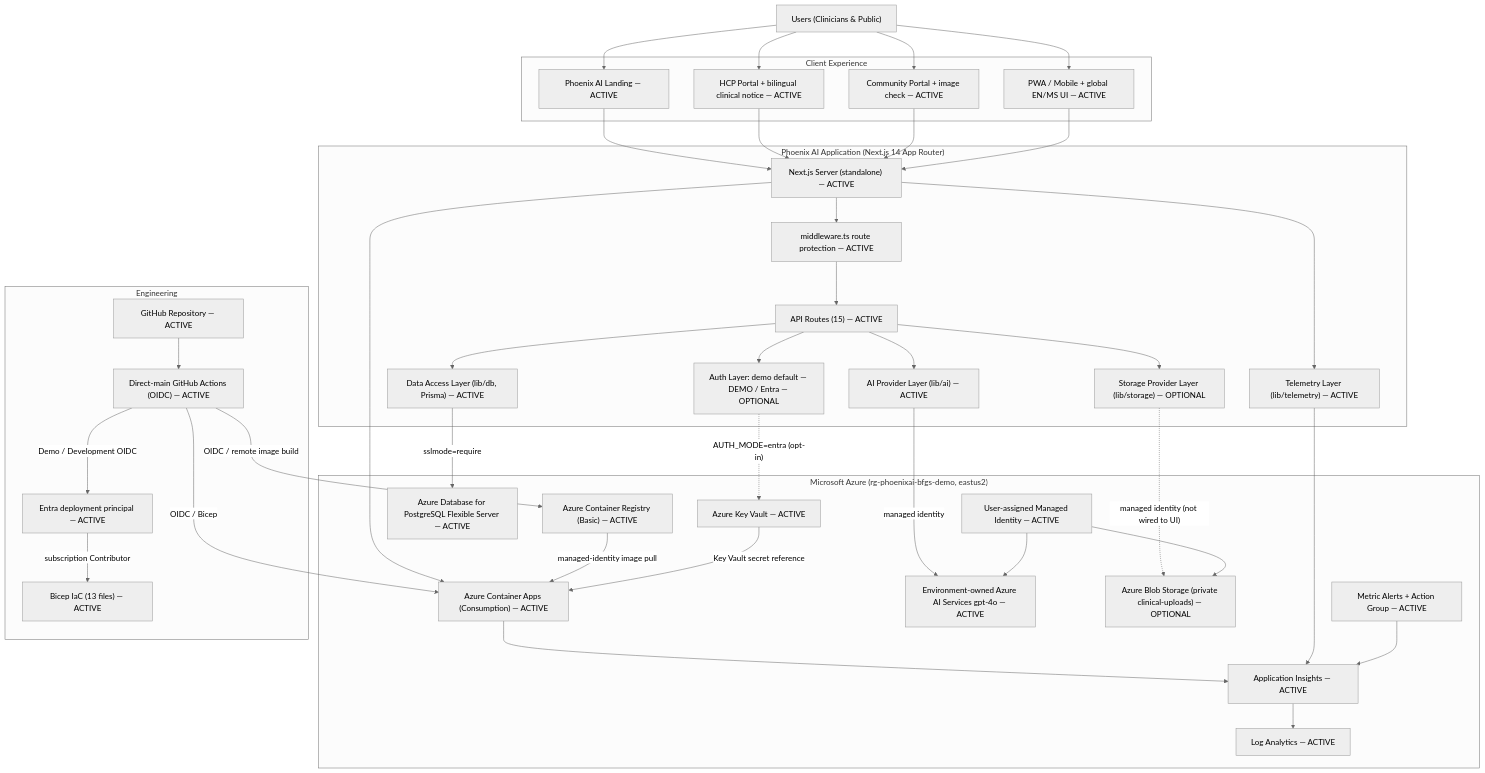
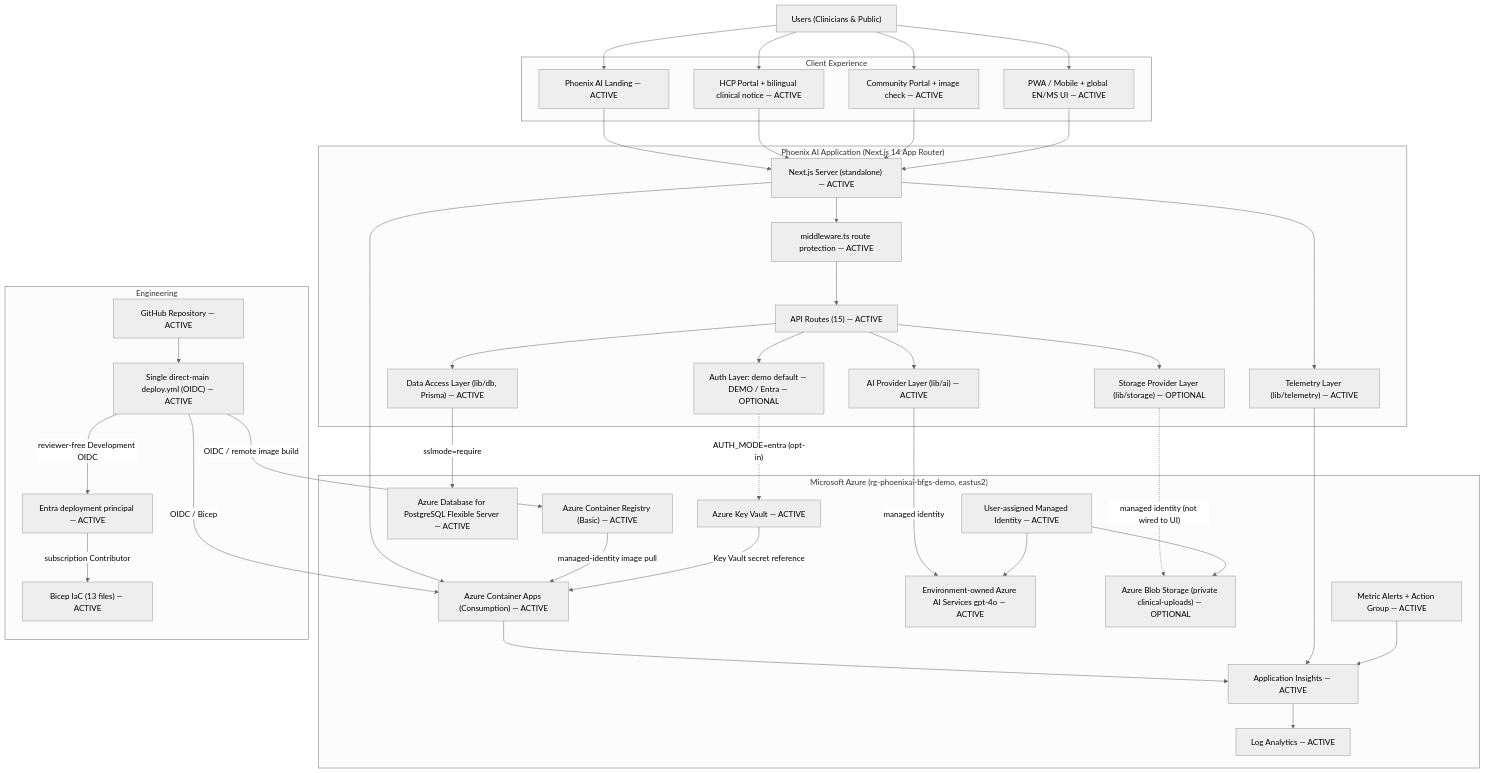
One commit to polyfuze4336-bot/phoenix-ai-azure changed the diagram in docs/architecture/current-architecture.md. Above: the diagram before and after it, drawn with Mermaid (neutral theme). The commit also changed other lines of this file and 42 other files, not shown here.

````diff
--- a/docs/architecture/current-architecture.md
+++ b/docs/architecture/current-architecture.md
@@ -55,81 +54,81 @@
 ```mermaid
 flowchart TB
     Users["Users (Clinicians & Public)"]
 
     subgraph CLIENT["Client Experience"]
         Landing["Phoenix AI Landing — ACTIVE"]
         HCP["HCP Portal + bilingual clinical notice — ACTIVE"]
         Community["Community Portal + image check — ACTIVE"]
         PWA["PWA / Mobile + global EN/MS UI — ACTIVE"]
     end
 
     subgraph APP["Phoenix AI Application (Next.js 14 App Router)"]
         Next["Next.js Server (standalone) — ACTIVE"]
         MW["middleware.ts route protection — ACTIVE"]
         API["API Routes (15) — ACTIVE"]
         Auth["Auth Layer: demo default — DEMO / Entra — OPTIONAL"]
         AIProvider["AI Provider Layer (lib/ai) — ACTIVE"]
         Data["Data Access Layer (lib/db, Prisma) — ACTIVE"]
         Storage["Storage Provider Layer (lib/storage) — OPTIONAL"]
         Telemetry["Telemetry Layer (lib/telemetry) — ACTIVE"]
     end
 
     subgraph AZURE["Microsoft Azure (rg-phoenixai-bfgs-demo, eastus2)"]
         ContainerApp["Azure Container Apps (Consumption) — ACTIVE"]
         ACR["Azure Container Registry (Basic) — ACTIVE"]
         Foundry["Environment-owned Azure AI Services gpt-4o — ACTIVE"]
         PostgreSQL["Azure Database for PostgreSQL Flexible Server — ACTIVE"]
         Blob["Azure Blob Storage (private clinical-uploads) — OPTIONAL"]
         KV["Azure Key Vault — ACTIVE"]
         MI["User-assigned Managed Identity — ACTIVE"]
         Insights["Application Insights — ACTIVE"]
         Logs["Log Analytics — ACTIVE"]
         Alerts["Metric Alerts + Action Group — ACTIVE"]
     end
 
     subgraph DEVOPS["Engineering"]
         GitHub["GitHub Repository — ACTIVE"]
-        Actions["Direct-main GitHub Actions (OIDC) — ACTIVE"]
+        Actions["Single direct-main deploy.yml (OIDC) — ACTIVE"]
         DeployIdentity["Entra deployment principal — ACTIVE"]
         Bicep["Bicep IaC (13 files) — ACTIVE"]
     end
 
     Users --> Landing
     Users --> HCP
     Users --> Community
     Users --> PWA
 
     Landing --> Next
     HCP --> Next
     Community --> Next
     PWA --> Next
 
     Next --> MW
     MW --> API
     API --> Auth
     API --> AIProvider
     API --> Data
     API --> Storage
     Next --> Telemetry
 
     AIProvider -->|"managed identity"| Foundry
     Data -->|"sslmode=require"| PostgreSQL
     Storage -.->|"managed identity (not wired to UI)"| Blob
     Auth -.->|"AUTH_MODE=entra (opt-in)"| KV
 
     Next --> ContainerApp
     ACR -->|"managed-identity image pull"| ContainerApp
     ContainerApp --> Insights
     Telemetry --> Insights
     Insights --> Logs
     Alerts --> Insights
     KV -->|"Key Vault secret reference"| ContainerApp
     MI --> Foundry
     MI --> Blob
 
     GitHub --> Actions
-    Actions -->|"Demo / Development OIDC"| DeployIdentity
+    Actions -->|"reviewer-free Development OIDC"| DeployIdentity
     DeployIdentity -->|"subscription Contributor"| Bicep
     Actions -->|"OIDC / remote image build"| ACR
     Actions -->|"OIDC / Bicep"| ContainerApp
 ```
````
